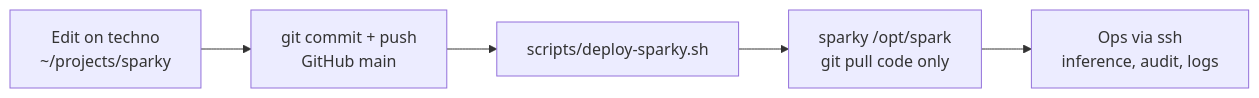
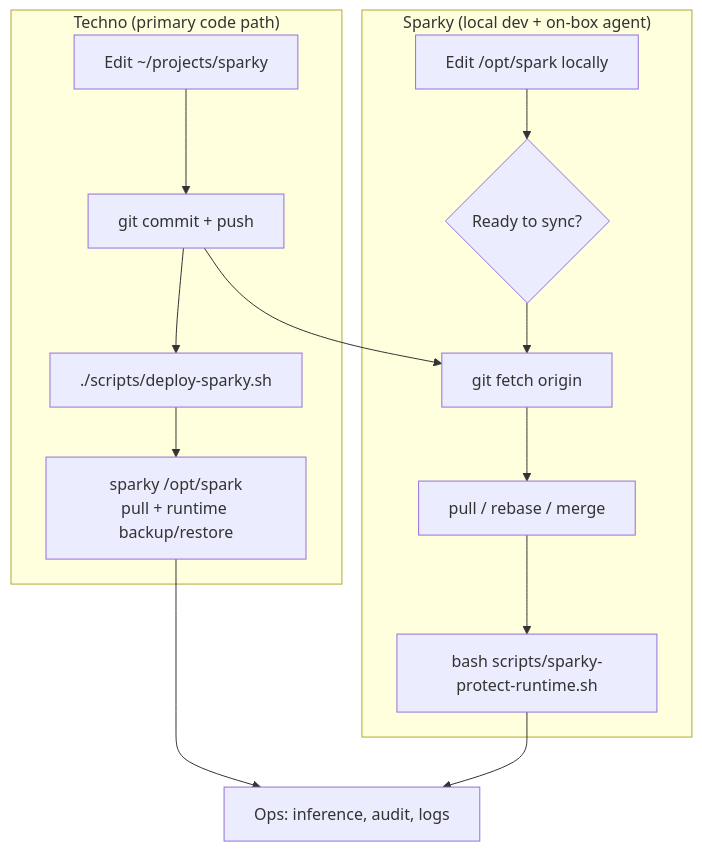
One commit to shawnmarck/sparkbench changed the diagram in AGENT.md. Above: the diagram before and after it, drawn with Mermaid. The commit also changed other lines of this file and 1 other file, not shown here.

First line of the commit message:
Document sparky-local agent git sync path alongside techno deploy.

````diff
--- a/AGENT.md
+++ b/AGENT.md
@@ -32,7 +34,17 @@
 ```mermaid
-flowchart LR
-  A["Edit on techno<br/>~/projects/sparky"] --> B["git commit + push<br/>GitHub main"]
-  B --> C["scripts/deploy-sparky.sh"]
-  C --> D["sparky /opt/spark<br/>git pull code only"]
-  D --> E["Ops via ssh<br/>inference, audit, logs"]
+flowchart TB
+  subgraph techno["Techno (primary code path)"]
+    A["Edit ~/projects/sparky"] --> B["git commit + push"]
+    B --> C["./scripts/deploy-sparky.sh"]
+    C --> D["sparky /opt/spark<br/>pull + runtime backup/restore"]
+  end
+  subgraph sparky["Sparky (local dev + on-box agent)"]
+    E["Edit /opt/spark locally"] --> F{"Ready to sync?"}
+    F --> G["git fetch origin"]
+    G --> H["pull / rebase / merge"]
+    H --> I["bash scripts/sparky-protect-runtime.sh"]
+  end
+  B --> G
+  D --> J["Ops: inference, audit, logs"]
+  I --> J
 ```
````
